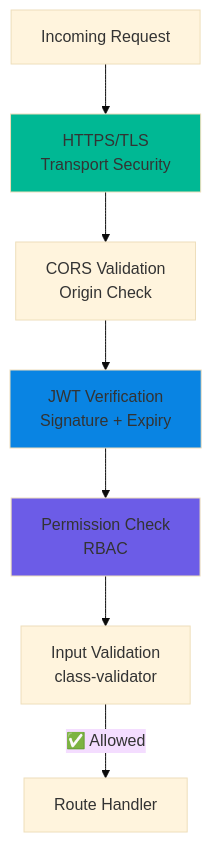
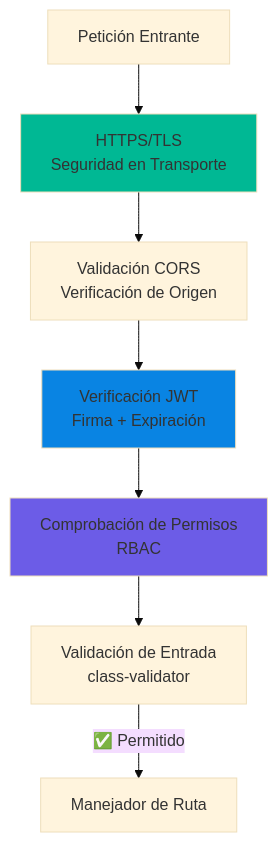
Before and after one commit to Byroncl/laboratory-reviews: diagram 13 of 14 in docs-post-message/docs/backend/architecture/overview.md, drawn with Mermaid (base theme). The commit also changed other lines of this file and 17 other files, not shown here.

Commit message:
refactor: implement clean architecture patterns with domains, repositories, use cases, constants, and comprehensive tests

````diff
--- a/docs-post-message/docs/backend/architecture/overview.md
+++ b/docs-post-message/docs/backend/architecture/overview.md
@@ -391,20 +391,20 @@
 ```mermaid
 graph TB
-    Request["Incoming Request"]
-    HTTPS["HTTPS/TLS<br/>Transport Security"]
-    CORS["CORS Validation<br/>Origin Check"]
-    Auth["JWT Verification<br/>Signature + Expiry"]
-    Perms["Permission Check<br/>RBAC"]
-    Validation["Input Validation<br/>class-validator"]
+    Request["Petición Entrante"]
+    HTTPS["HTTPS/TLS<br/>Seguridad en Transporte"]
+    CORS["Validación CORS<br/>Verificación de Origen"]
+    Auth["Verificación JWT<br/>Firma + Expiración"]
+    Perms["Comprobación de Permisos<br/>RBAC"]
+    Validation["Validación de Entrada<br/>class-validator"]
     
     Request --> HTTPS
     HTTPS --> CORS
     CORS --> Auth
     Auth --> Perms
     Perms --> Validation
-    Validation -->|✅ Allowed| Handler["Route Handler"]
+    Validation -->|✅ Permitido| Handler["Manejador de Ruta"]
     
     style HTTPS fill:#00b894
     style Auth fill:#0984e3
     style Perms fill:#6c5ce7
 ```
````
